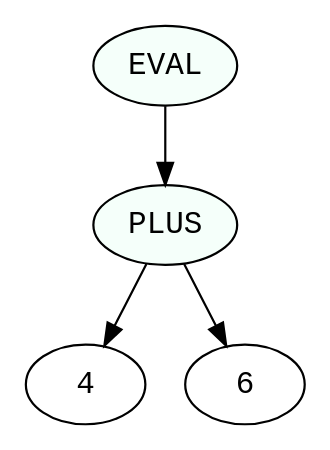
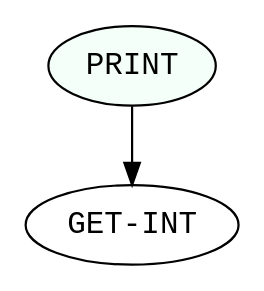
Before and after one commit to GunendraBikram/cc_project_01: the diagram in ast.dot, drawn with Graphviz. The commit also changed 3 other files, not shown here.

```diff
--- a/ast.dot
+++ b/ast.dot
@@ -1,9 +1,5 @@
 digraph print {
- 1 [label="4", fontname="monospace"];
- 2 [label="6", fontname="monospace"];
- 3 [label="PLUS", fontname="monospace", style=filled, fillcolor=mintcream];
- 3->1
- 3->2
- 4 [label="EVAL", fontname="monospace", style=filled, fillcolor=mintcream];
- 4->3
+ 1 [label="GET-INT", fontname="monospace"];
+ 2 [label="PRINT", fontname="monospace", style=filled, fillcolor=mintcream];
+ 2->1
  }
```
